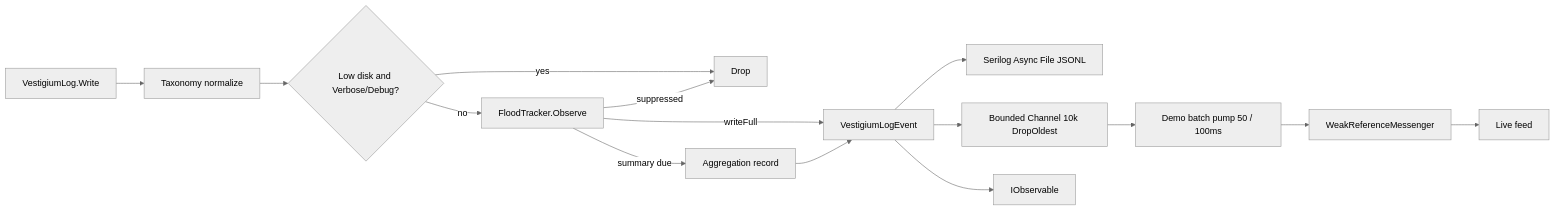
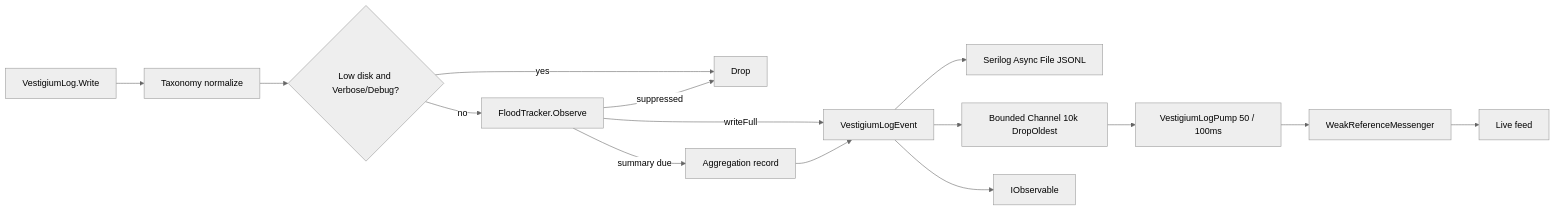
Before and after one commit to nwilkinsonlsnh/Vestigium.Logging: the diagram in _Documentation/DesignDocument_v1.0.md, drawn with Mermaid (neutral theme). The commit also changed other lines of this file and 14 other files, not shown here.

First line of the commit message:
feat(logging): P2 taxonomy case-fold, DiskStatus, VestigiumLogPump

````diff
--- a/_Documentation/DesignDocument_v1.0.md
+++ b/_Documentation/DesignDocument_v1.0.md
@@ -24,17 +24,17 @@
 ```mermaid
 flowchart LR
   CallSite[VestigiumLog.Write] --> Normalize[Taxonomy normalize]
   Normalize --> DiskGate{Low disk and Verbose/Debug?}
   DiskGate -->|yes| Drop[Drop]
   DiskGate -->|no| Flood[FloodTracker.Observe]
   Flood -->|suppressed| Drop
   Flood -->|summary due| Agg[Aggregation record]
   Flood -->|writeFull| Emit[VestigiumLogEvent]
   Agg --> Emit
   Emit --> Serilog[Serilog Async File JSONL]
   Emit --> Channel[Bounded Channel 10k DropOldest]
   Emit --> Subject[IObservable]
-  Channel --> Pump[Demo batch pump 50 / 100ms]
+  Channel --> Pump[VestigiumLogPump 50 / 100ms]
   Pump --> Messenger[WeakReferenceMessenger]
   Messenger --> ListView[Live feed]
 ```
````
